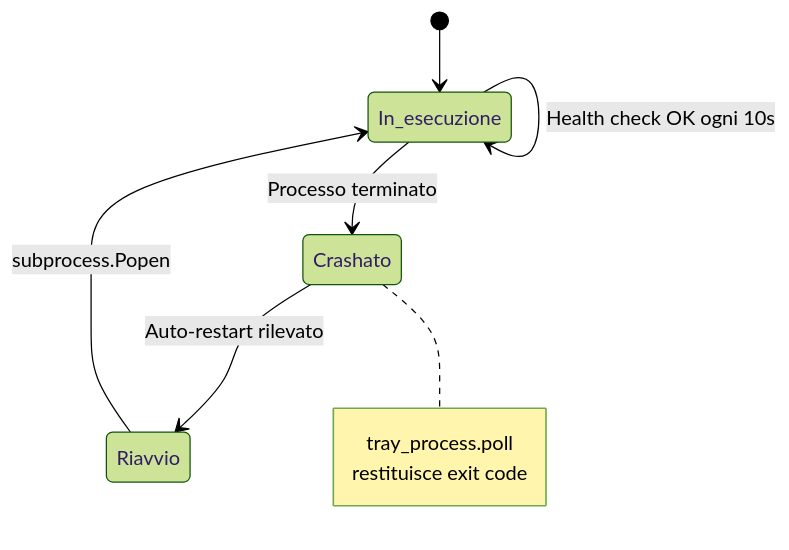
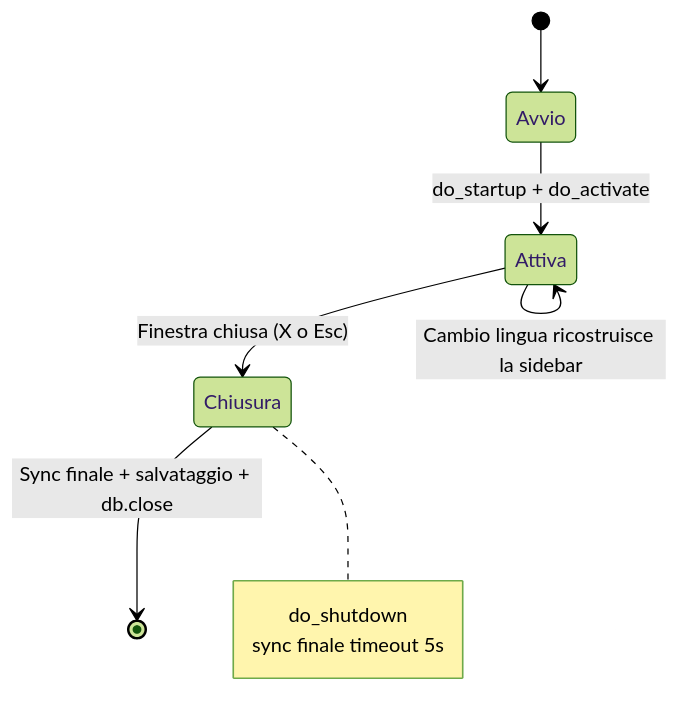
Before and after one commit to AndreaBonn/command-quiver: the fifth of 6 diagrams in docs/ARCHITECTURE.it.md, drawn with Mermaid (forest theme). The commit also changed other lines of this file and 14 other files, not shown here.

First line of the commit message:
feat!: remove system tray, switch language from the sidebar

````diff
--- a/docs/ARCHITECTURE.it.md
+++ b/docs/ARCHITECTURE.it.md
@@ -165,14 +160,14 @@
 ```mermaid
 stateDiagram-v2
-  [*] --> In_esecuzione
+  [*] --> Avvio
 
-  In_esecuzione --> In_esecuzione : Health check OK ogni 10s
-  In_esecuzione --> Crashato : Processo terminato
-  Crashato --> Riavvio : Auto-restart rilevato
-  Riavvio --> In_esecuzione : subprocess.Popen
+  Avvio --> Attiva : do_startup + do_activate
+  Attiva --> Attiva : Cambio lingua ricostruisce la sidebar
+  Attiva --> Chiusura : Finestra chiusa (X o Esc)
+  Chiusura --> [*] : Sync finale + salvataggio + db.close
 
-  note right of Crashato
-    tray_process.poll
-    restituisce exit code
+  note right of Chiusura
+    do_shutdown
+    sync finale timeout 5s
   end note
 ```
````
